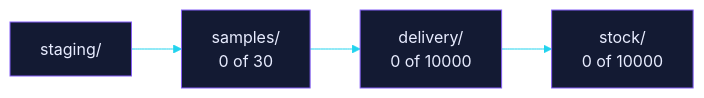
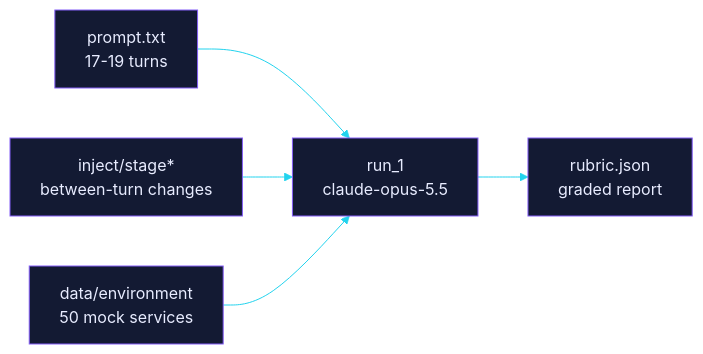
One commit to Ethara-Ai/obsidian-samples changed the diagram in README.md. Above: the diagram before and after it, drawn with Mermaid. The commit also changed other lines of this file and 6521 other files, not shown here.

````diff
--- a/README.md
+++ b/README.md
@@ -43,8 +73,8 @@
 ```mermaid
 %%{init: {"theme":"base","themeVariables":{"primaryColor":"#131a33","primaryTextColor":"#e8ecff","primaryBorderColor":"#845EF7","lineColor":"#22d3ee","fontFamily":"monospace"}}}%%
 flowchart LR
-    staging["staging/"]
-    staging --> samples["samples/<br/>0 of 30"]
-    samples --> delivery["delivery/<br/>0 of 10000"]
-    delivery --> stock["stock/<br/>0 of 10000"]
+    prompt["prompt.txt<br/>17-19 turns"] --> run["run_1<br/>claude-opus-5.5"]
+    inject["inject/stage*<br/>between-turn changes"] --> run
+    env["data/environment<br/>50 mock services"] --> run
+    run --> grade["rubric.json<br/>graded report"]
 ```
````
